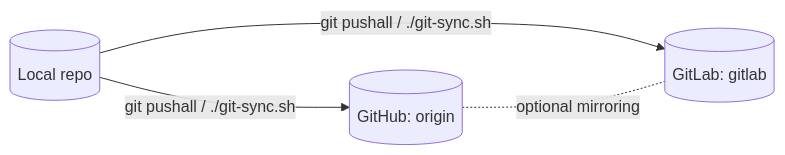
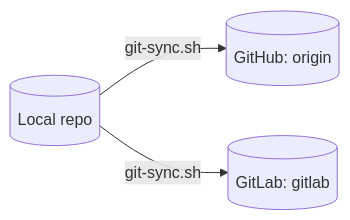
The diagram in README.md (fjk/raku-sles15-container), drawn with Mermaid before and after one commit. The commit also changed other lines of this file, not shown here.

Commit message:
Update sync section in README

````diff
--- a/README.md
+++ b/README.md
@@ -216,11 +226,9 @@
-```mermaid  
+```mermaid
 flowchart LR
   Dev[(Local repo)]
   GH[(GitHub: origin)]
   GL[(GitLab: gitlab)]
 
-  Dev -- "git pushall / ./git-sync.sh" --> GH
-  Dev -- "git pushall / ./git-sync.sh" --> GL
-
-  GH -. optional mirroring .- GL
+  Dev -- "git-sync.sh" --> GH
+  Dev -- "git-sync.sh" --> GL
 ```
````
